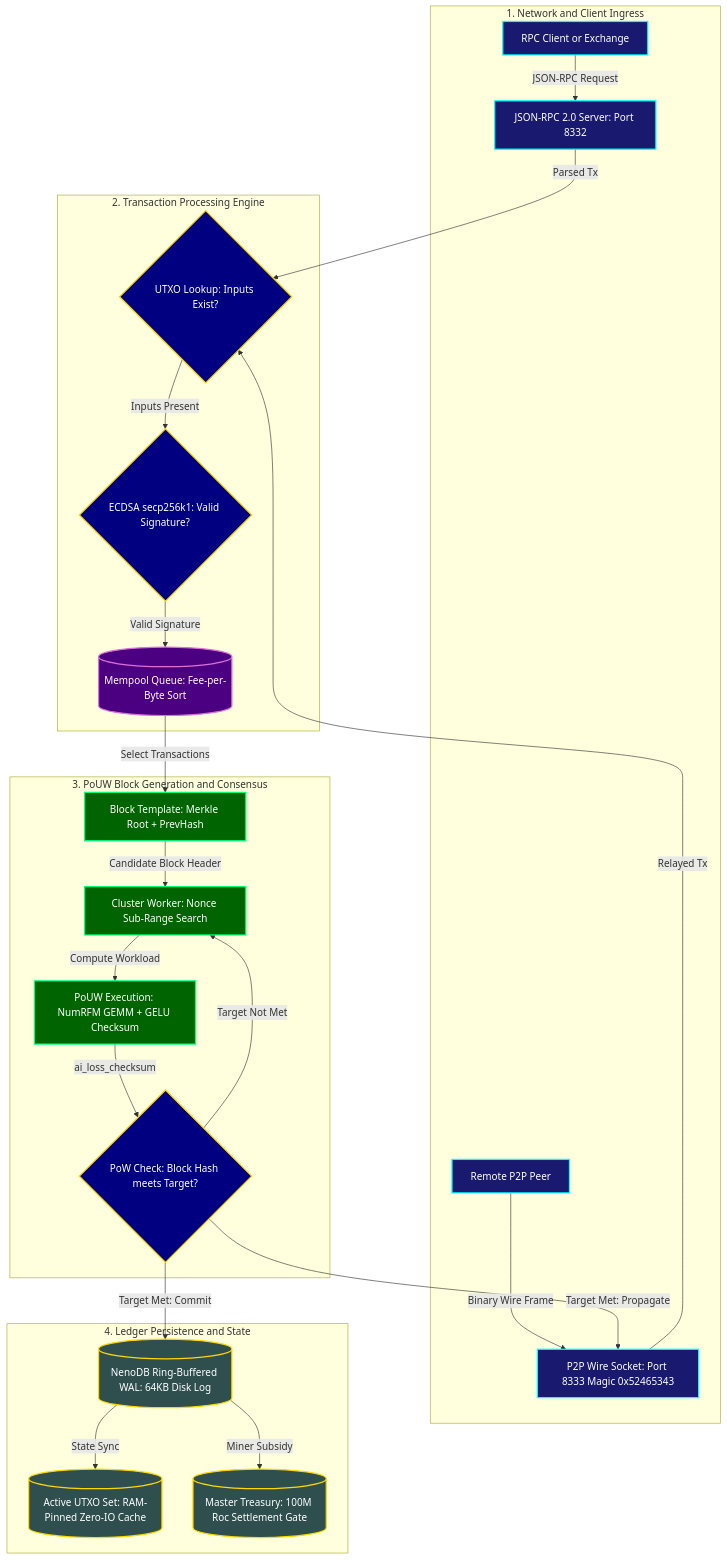
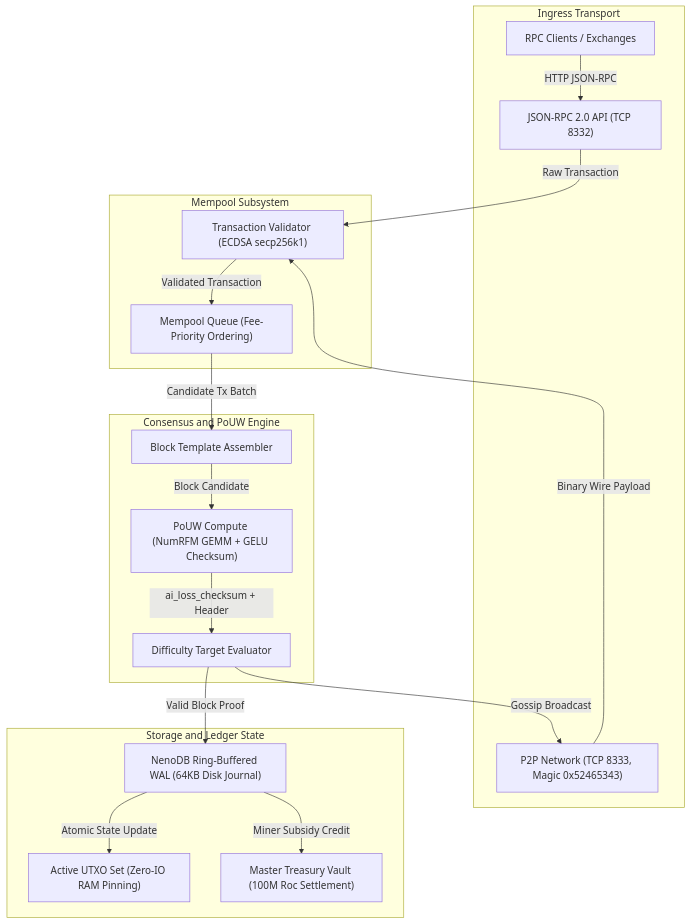
The diagram in README.md (RSFC-Coin/blockchain), drawn with Mermaid before and after one commit. The commit also changed other lines of this file, not shown here.

````diff
--- a/README.md
+++ b/README.md
@@ -49,53 +50,37 @@
 ```mermaid
 flowchart TD
-    classDef ingress fill:midnightblue,stroke:cyan,stroke-width:2px,color:white
-    classDef txpipe fill:indigo,stroke:orchid,stroke-width:2px,color:white
-    classDef consensus fill:darkgreen,stroke:springgreen,stroke-width:2px,color:white
-    classDef storage fill:darkslategray,stroke:gold,stroke-width:2px,color:white
-    classDef check fill:navy,stroke:gold,stroke-width:2px,color:white
-
-    subgraph INGRESS ["1. Network and Client Ingress"]
-        CLIENT["RPC Client or Exchange"]:::ingress
-        PEER["Remote P2P Peer"]:::ingress
-        RPCD["JSON-RPC 2.0 Server: Port 8332"]:::ingress
-        P2PD["P2P Wire Socket: Port 8333 Magic 0x52465343"]:::ingress
+    subgraph INGRESS ["Ingress Transport"]
+        CLIENT["RPC Clients / Exchanges"]
+        P2P_NET["P2P Network (TCP 8333, Magic 0x52465343)"]
+        RPC_API["JSON-RPC 2.0 API (TCP 8332)"]
     end
 
-    subgraph TXPIPE ["2. Transaction Processing Engine"]
-        UTXOCHK{"UTXO Lookup: Inputs Exist?"}:::check
-        SIGCHK{"ECDSA secp256k1: Valid Signature?"}:::check
-        MEMPOOL[("Mempool Queue: Fee-per-Byte Sort")]:::txpipe
+    subgraph MEMPOOL_SYS ["Mempool Subsystem"]
+        TX_VAL["Transaction Validator (ECDSA secp256k1)"]
+        TX_POOL["Mempool Queue (Fee-Priority Ordering)"]
     end
 
-    subgraph CONSENSUS ["3. PoUW Block Generation and Consensus"]
-        TEMPL["Block Template: Merkle Root + PrevHash"]:::consensus
-        WORKER["Cluster Worker: Nonce Sub-Range Search"]:::consensus
-        TENSOR["PoUW Execution: NumRFM GEMM + GELU Checksum"]:::consensus
-        HASHCHK{"PoW Check: Block Hash meets Target?"}:::check
+    subgraph CONSENSUS_SYS ["Consensus and PoUW Engine"]
+        BLOCK_TMPL["Block Template Assembler"]
+        POUW_TENSOR["PoUW Compute (NumRFM GEMM + GELU Checksum)"]
+        DIFF_EVAL["Difficulty Target Evaluator"]
     end
 
-    subgraph STORAGE ["4. Ledger Persistence and State"]
-        WAL[("NenoDB Ring-Buffered WAL: 64KB Disk Log")]:::storage
-        UTXO[("Active UTXO Set: RAM-Pinned Zero-IO Cache")]:::storage
-        TREASURY[("Master Treasury: 100M Roc Settlement Gate")]:::storage
+    subgraph LEDGER_SYS ["Storage and Ledger State"]
+        WAL_ENGINE["NenoDB Ring-Buffered WAL (64KB Disk Journal)"]
+        UTXO_STATE["Active UTXO Set (Zero-IO RAM Pinning)"]
+        TREASURY_VAULT["Master Treasury Vault (100M Roc Settlement)"]
     end
 
-    CLIENT -->|JSON-RPC Request| RPCD
-    PEER -->|Binary Wire Frame| P2PD
-    RPCD -->|Parsed Tx| UTXOCHK
-    P2PD -->|Relayed Tx| UTXOCHK
-    UTXOCHK -->|Inputs Present| SIGCHK
-    SIGCHK -->|Valid Signature| MEMPOOL
-
-    MEMPOOL -->|Select Transactions| TEMPL
-    TEMPL -->|Candidate Block Header| WORKER
-    WORKER -->|Compute Workload| TENSOR
-    TENSOR -->|ai_loss_checksum| HASHCHK
-
-    HASHCHK -->|Target Not Met| WORKER
-    HASHCHK -->|Target Met: Propagate| P2PD
-    HASHCHK -->|Target Met: Commit| WAL
-
-    WAL -->|State Sync| UTXO
-    WAL -->|Miner Subsidy| TREASURY
+    CLIENT -->|HTTP JSON-RPC| RPC_API
+    P2P_NET -->|Binary Wire Payload| TX_VAL
+    RPC_API -->|Raw Transaction| TX_VAL
+    TX_VAL -->|Validated Transaction| TX_POOL
+    TX_POOL -->|Candidate Tx Batch| BLOCK_TMPL
+    BLOCK_TMPL -->|Block Candidate| POUW_TENSOR
+    POUW_TENSOR -->|ai_loss_checksum + Header| DIFF_EVAL
+    DIFF_EVAL -->|Valid Block Proof| WAL_ENGINE
+    DIFF_EVAL -->|Gossip Broadcast| P2P_NET
+    WAL_ENGINE -->|Atomic State Update| UTXO_STATE
+    WAL_ENGINE -->|Miner Subsidy Credit| TREASURY_VAULT
 ```
````
